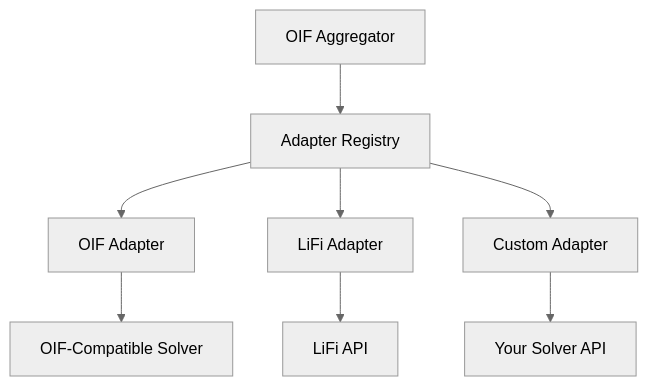
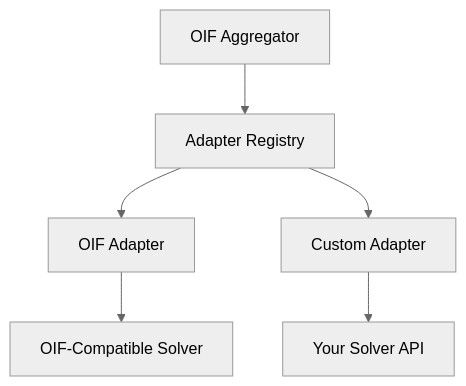
One commit to openintentsframework/oif-aggregator changed the diagram in docs/custom-adapters.md. Above: the diagram before and after it, drawn with Mermaid (neutral theme). The commit also changed 2 other files, not shown here.

Commit message:
chore: improve docs

````diff
--- a/docs/custom-adapters.md
+++ b/docs/custom-adapters.md
@@ -11,10 +11,8 @@
 ```mermaid
 graph TD
     A[OIF Aggregator] --> B[Adapter Registry]
     B --> C[OIF Adapter]
-    B --> D[LiFi Adapter]
-    B --> E[Custom Adapter]
-    C --> F[OIF-Compatible Solver]
-    D --> G[LiFi API]
-    E --> H[Your Solver API]
+    B --> D[Custom Adapter]
+    C --> E[OIF-Compatible Solver]
+    D --> F[Your Solver API]
 ```
````
